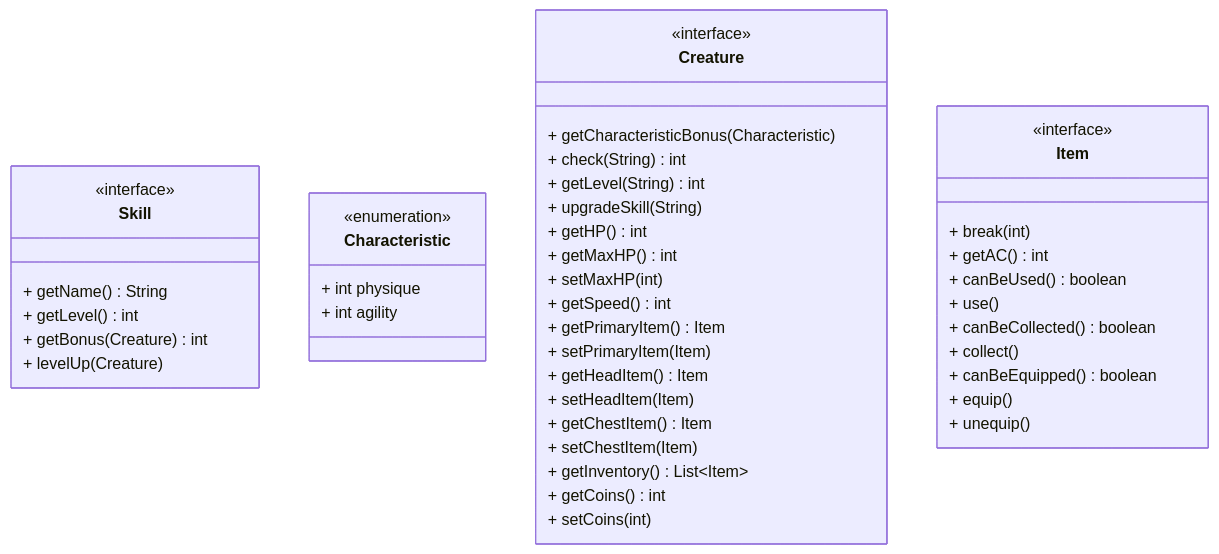
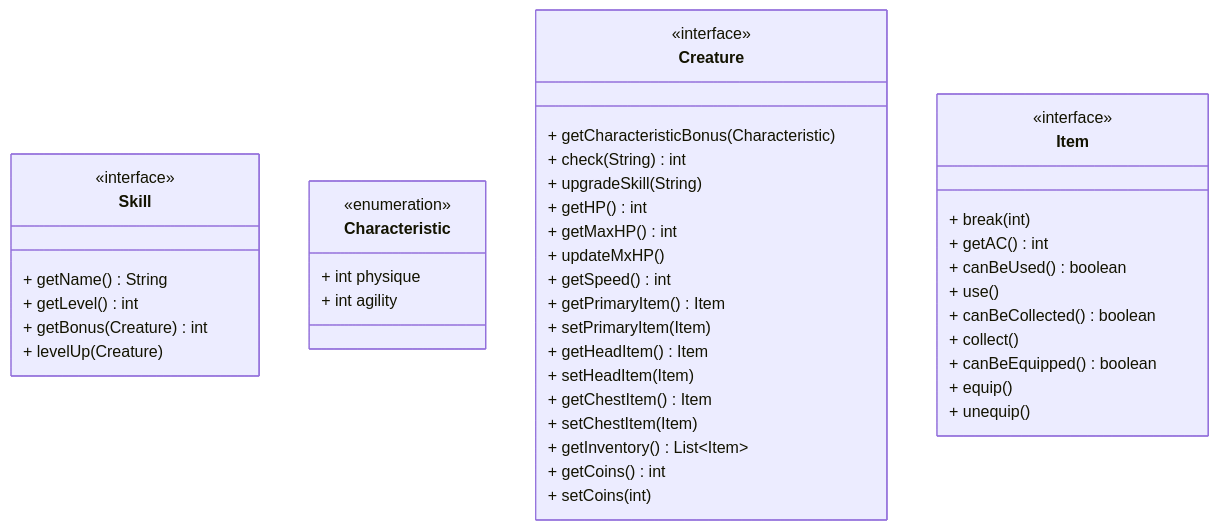
Before and after one commit to StrangeClone/GreatGame: the third of 37 diagrams in documentation/Version_0_1.md, drawn with Mermaid. The commit also changed other lines of this file and 16 other files, not shown here.

````diff
--- a/documentation/Version_0_1.md
+++ b/documentation/Version_0_1.md
@@ -130,47 +130,46 @@
 ```mermaid
 classDiagram
 class Skill {
     <<interface>>
     + getName() String
     + getLevel() int
     + getBonus(Creature) int
     + levelUp(Creature)
 }
 class Characteristic {
     <<enumeration>>
     + int physique
     + int agility
 }
 class Creature {
     <<interface>>
     + getCharacteristicBonus(Characteristic)
     + check(String) int
-    + getLevel(String) int
     + upgradeSkill(String)
     + getHP() int
     + getMaxHP() int
-    + setMaxHP(int)
+    + updateMxHP()
     + getSpeed() int
     + getPrimaryItem() Item
     + setPrimaryItem(Item)
     + getHeadItem() Item
     + setHeadItem(Item)
     + getChestItem() Item
     + setChestItem(Item)
     + getInventory() List~Item~
     + getCoins() int
     + setCoins(int)
 }
 class Item {
     <<interface>>
     + break(int)
     + getAC() int
     + canBeUsed() boolean
     + use()
     + canBeCollected() boolean
     + collect()
     + canBeEquipped() boolean
     + equip()
     + unequip()
 }
 ```
````
